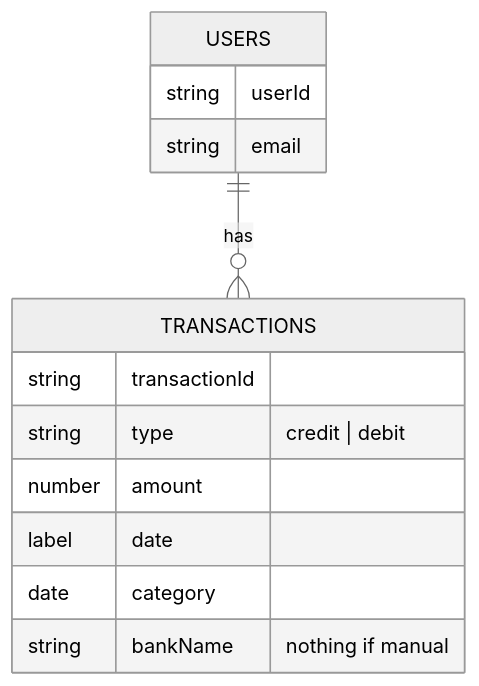
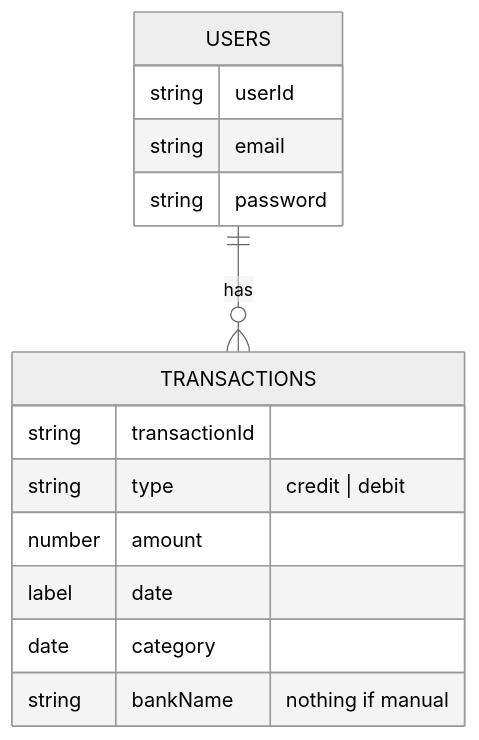
The diagram in README.md (louis-marceron/Limpide), drawn with Mermaid (neutral theme) before and after one commit. The commit also changed other lines of this file and 2 other files, not shown here.

````diff
--- a/README.md
+++ b/README.md
@@ -27,19 +27,20 @@
 ```mermaid
 erDiagram
 
 USERS {
   string userId
   string email
+  string password
 }
 USERS ||--o{ TRANSACTIONS: has
 
 TRANSACTIONS {
   string transactionId
   string type "credit | debit"
   number amount
   label
   date date
   category
   string bankName "nothing if manual"
 }
 ```
````
